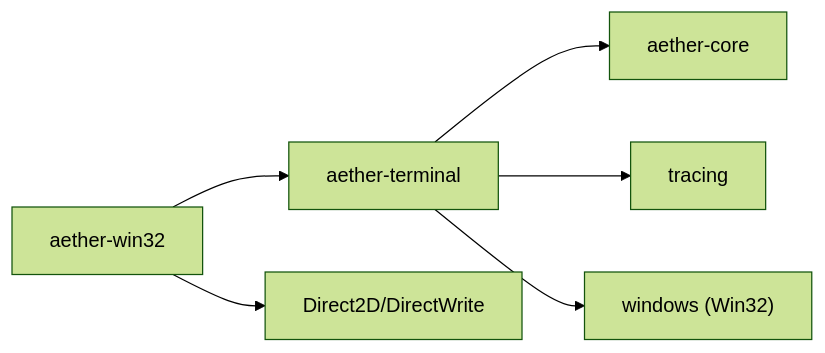
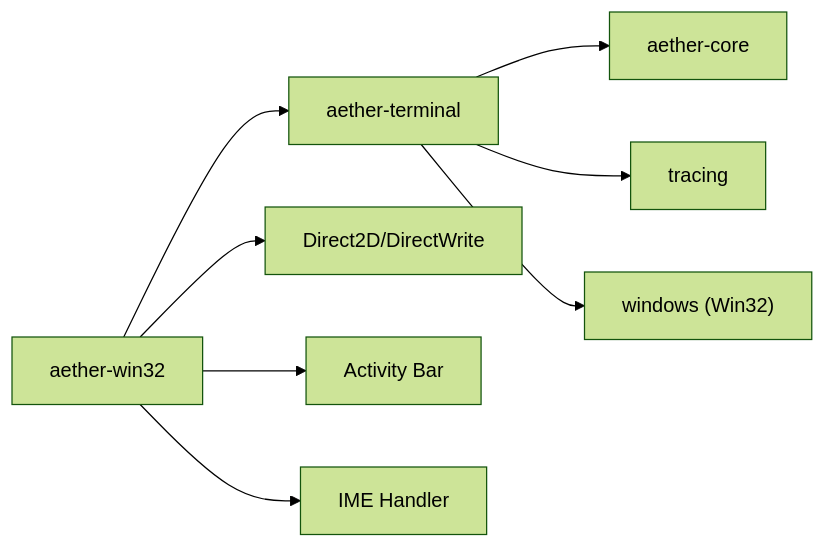
One commit to aetherstudio-cn/AetherStudio changed the sixth of 6 diagrams in .qoder/repowiki/zh/content/核心组件/终端仿真器.md. Above: the diagram before and after it, drawn with Mermaid (forest theme). The commit also changed other lines of this file and 7 other files, not shown here.

````diff
--- a/.qoder/repowiki/zh/content/核心组件/终端仿真器.md
+++ b/.qoder/repowiki/zh/content/核心组件/终端仿真器.md
@@ -251,8 +318,10 @@
 ```mermaid
 graph LR
 A["aether-terminal"] --> B["aether-core"]
 A --> C["tracing"]
 A --> D["windows (Win32)"]
 E["aether-win32"] --> A
 E --> F["Direct2D/DirectWrite"]
+E --> G["Activity Bar"]
+E --> H["IME Handler"]
 ```
````
